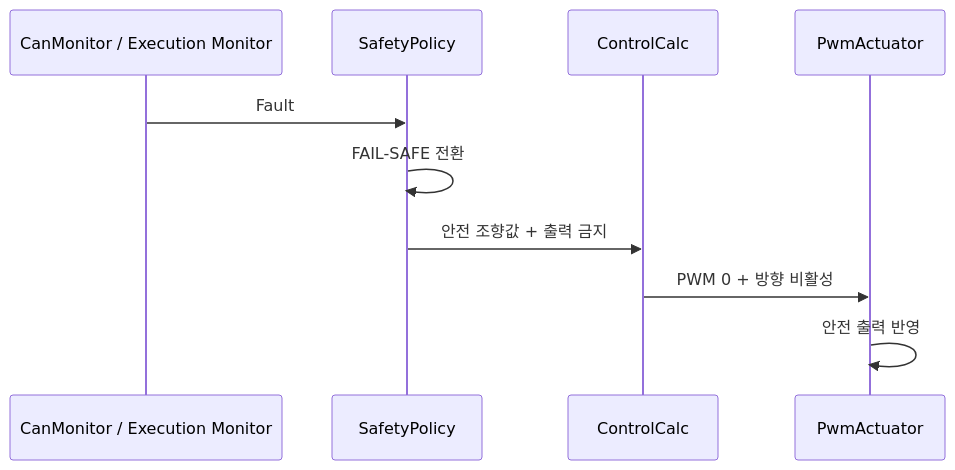
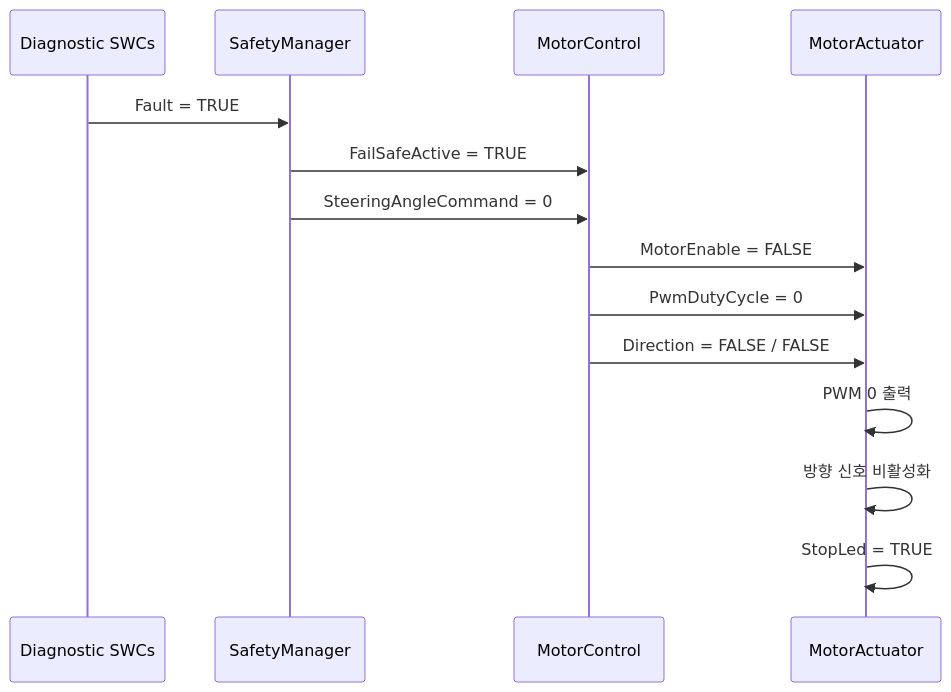
The third of 3 diagrams in iso26262-sbw-failsafe/workproducts/04_SW_Architecture_Design.md (kwangil1245-code/iso26262-sbw-failsafe), drawn with Mermaid before and after one commit. The commit also changed other lines of this file, not shown here.

````diff
--- a/iso26262-sbw-failsafe/workproducts/04_SW_Architecture_Design.md
+++ b/iso26262-sbw-failsafe/workproducts/04_SW_Architecture_Design.md
@@ -223,13 +447,20 @@
 ```mermaid
 sequenceDiagram
-    participant M as CanMonitor / Execution Monitor
-    participant P as SafetyPolicy
-    participant C as ControlCalc
-    participant A as PwmActuator
+    participant D as Diagnostic SWCs
+    participant SM as SafetyManager
+    participant MC as MotorControl
+    participant MA as MotorActuator
 
-    M->>P: Fault
-    P->>P: FAIL-SAFE 전환
-    P->>C: 안전 조향값 + 출력 금지
-    C->>A: PWM 0 + 방향 비활성
-    A->>A: 안전 출력 반영
+    D->>SM: Fault = TRUE
+
+    SM->>MC: FailSafeActive = TRUE
+    SM->>MC: SteeringAngleCommand = 0
+
+    MC->>MA: MotorEnable = FALSE
+    MC->>MA: PwmDutyCycle = 0
+    MC->>MA: Direction = FALSE / FALSE
+
+    MA->>MA: PWM 0 출력
+    MA->>MA: 방향 신호 비활성화
+    MA->>MA: StopLed = TRUE
 ```
````
